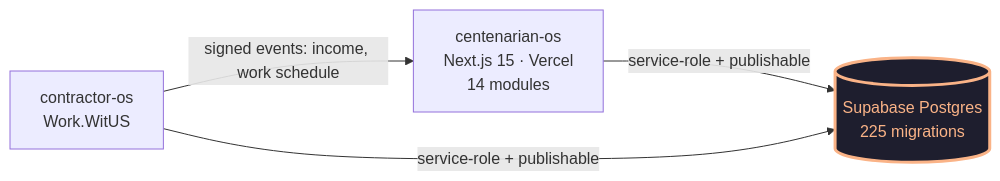
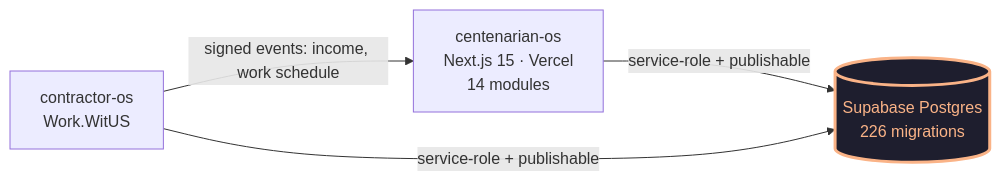
Before and after one commit to dapperAuteur/centenarian-os: the diagram in README.md, drawn with Mermaid. The commit also changed other lines of this file and 3 other files, not shown here.

````diff
--- a/README.md
+++ b/README.md
@@ -27,13 +27,13 @@
 ```mermaid
 flowchart LR
   classDef shared fill:#1e1e2e,stroke:#fab387,color:#fab387,stroke-width:3px
   classDef external fill:#11111b,stroke:#a6adc8,color:#a6adc8
 
   CentOS[centenarian-os<br/>Next.js 15 · Vercel<br/>14 modules]
   Contractor[contractor-os<br/>Work.WitUS]
-  DB[(Supabase Postgres<br/>225 migrations)]:::shared
+  DB[(Supabase Postgres<br/>226 migrations)]:::shared
 
   CentOS -->|service-role + publishable| DB
   Contractor -->|service-role + publishable| DB
   Contractor -->|signed events: income, work schedule| CentOS
 ```
````
